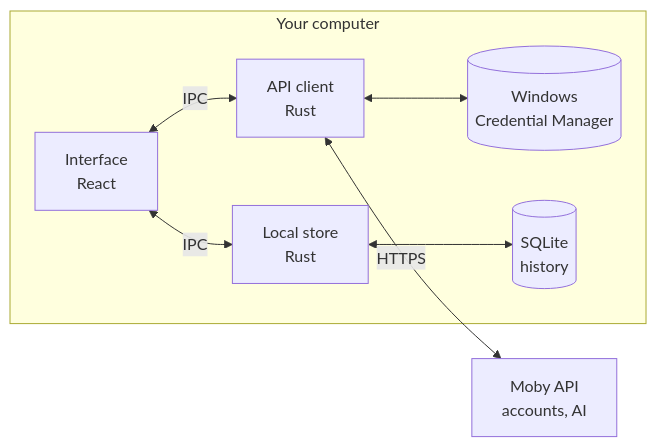
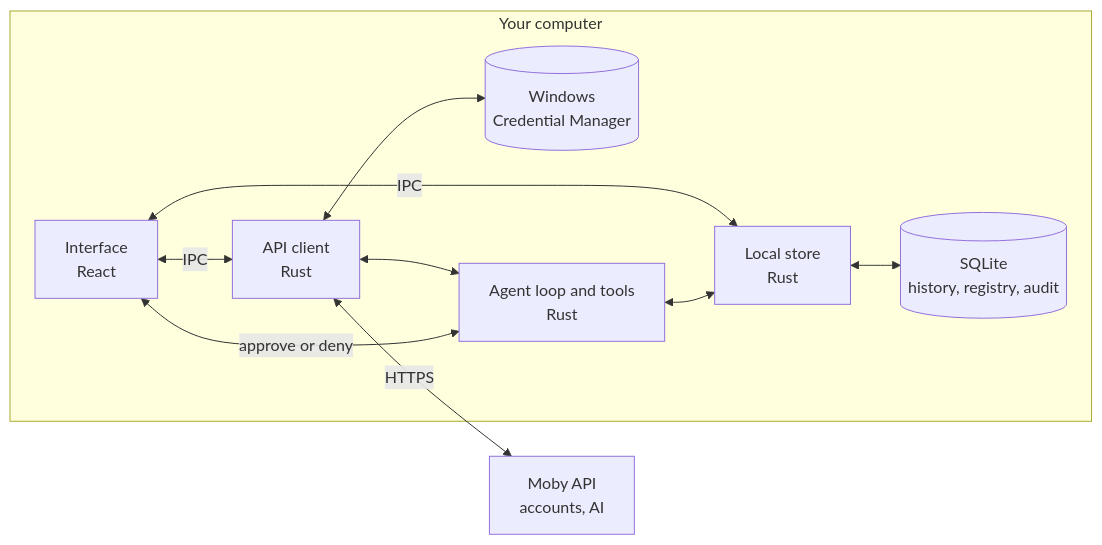
Before and after one commit to mobyuz/moby-desktop: the diagram in README.md, drawn with Mermaid. The commit also changed other lines of this file and 20 other files, not shown here.

````diff
--- a/README.md
+++ b/README.md
@@ -76,10 +78,13 @@
 ```mermaid
 flowchart LR
     subgraph PC["Your computer"]
         UI["Interface<br/>React"] <-->|"IPC"| Client["API client<br/>Rust"]
         Client <--> Vault[("Windows<br/>Credential Manager")]
         UI <-->|"IPC"| Store["Local store<br/>Rust"]
-        Store <--> DB[("SQLite<br/>history")]
+        Store <--> DB[("SQLite<br/>history, registry, audit")]
+        Client <--> Agent["Agent loop and tools<br/>Rust"]
+        Agent <--> Store
+        UI <-->|"approve or deny"| Agent
     end
     Client <-->|"HTTPS"| API["Moby API<br/>accounts, AI"]
 ```
````
